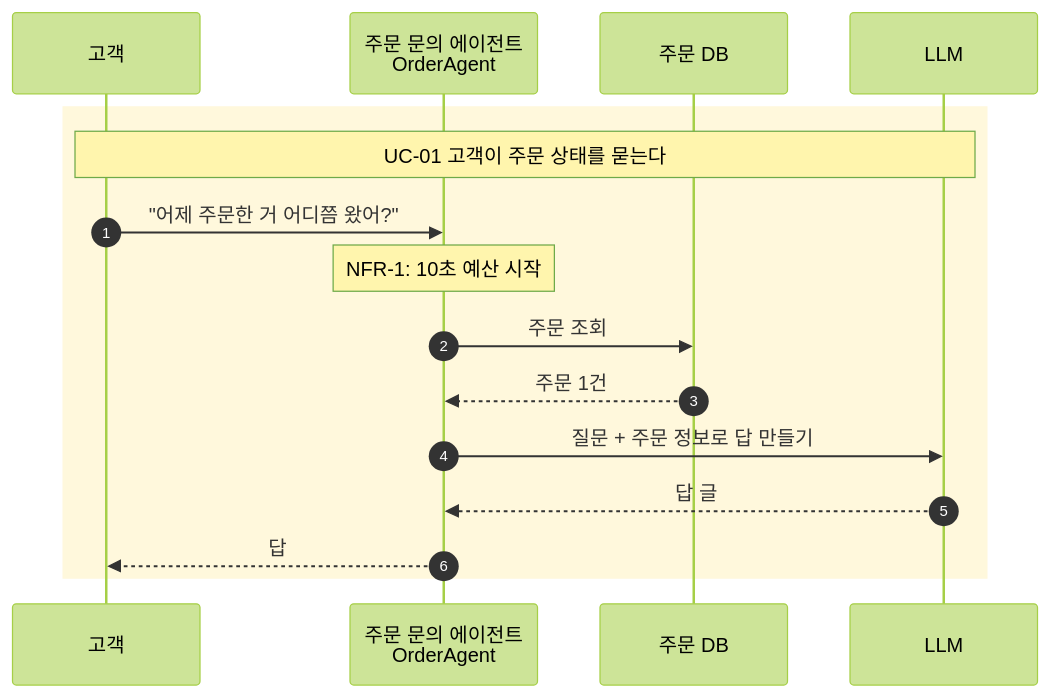
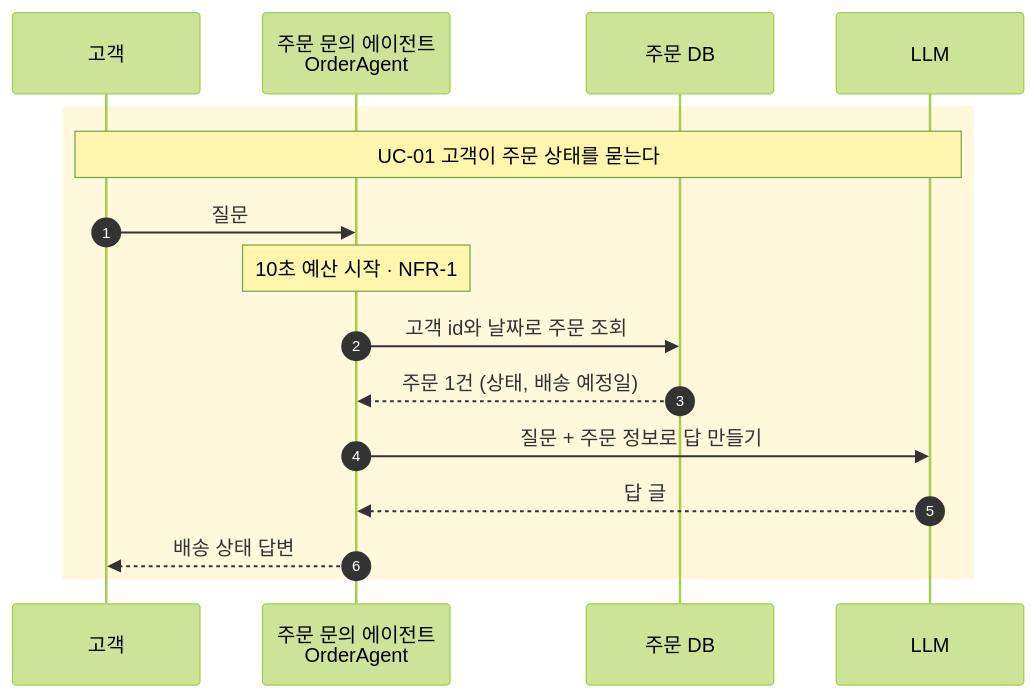
One commit to siontext/Harness-Marketplace changed the second of 2 diagrams in plugins/core/skills/agent-design-doc/SKILL.md. Above: the diagram before and after it, drawn with Mermaid (forest theme). The commit also changed other lines of this file and 3 other files, not shown here.

````diff
--- a/plugins/core/skills/agent-design-doc/SKILL.md
+++ b/plugins/core/skills/agent-design-doc/SKILL.md
@@ -82,18 +82,18 @@
 ```mermaid
 sequenceDiagram
     autonumber
     participant U as 고객
     participant A as 주문 문의 에이전트<br/>OrderAgent
     participant D as 주문 DB
     participant L as LLM
     rect rgb(255, 248, 220)
     Note over U,L: UC-01 고객이 주문 상태를 묻는다
-    U->>A: "어제 주문한 거 어디쯤 왔어?"
-    Note over A: NFR-1: 10초 예산 시작
-    A->>D: 주문 조회
-    D-->>A: 주문 1건
+    U->>A: 질문
+    Note over A: 10초 예산 시작 · NFR-1
+    A->>D: 고객 id와 날짜로 주문 조회
+    D-->>A: 주문 1건 (상태, 배송 예정일)
     A->>L: 질문 + 주문 정보로 답 만들기
     L-->>A: 답 글
-    A-->>U: 답
+    A-->>U: 배송 상태 답변
     end
 ```
````
